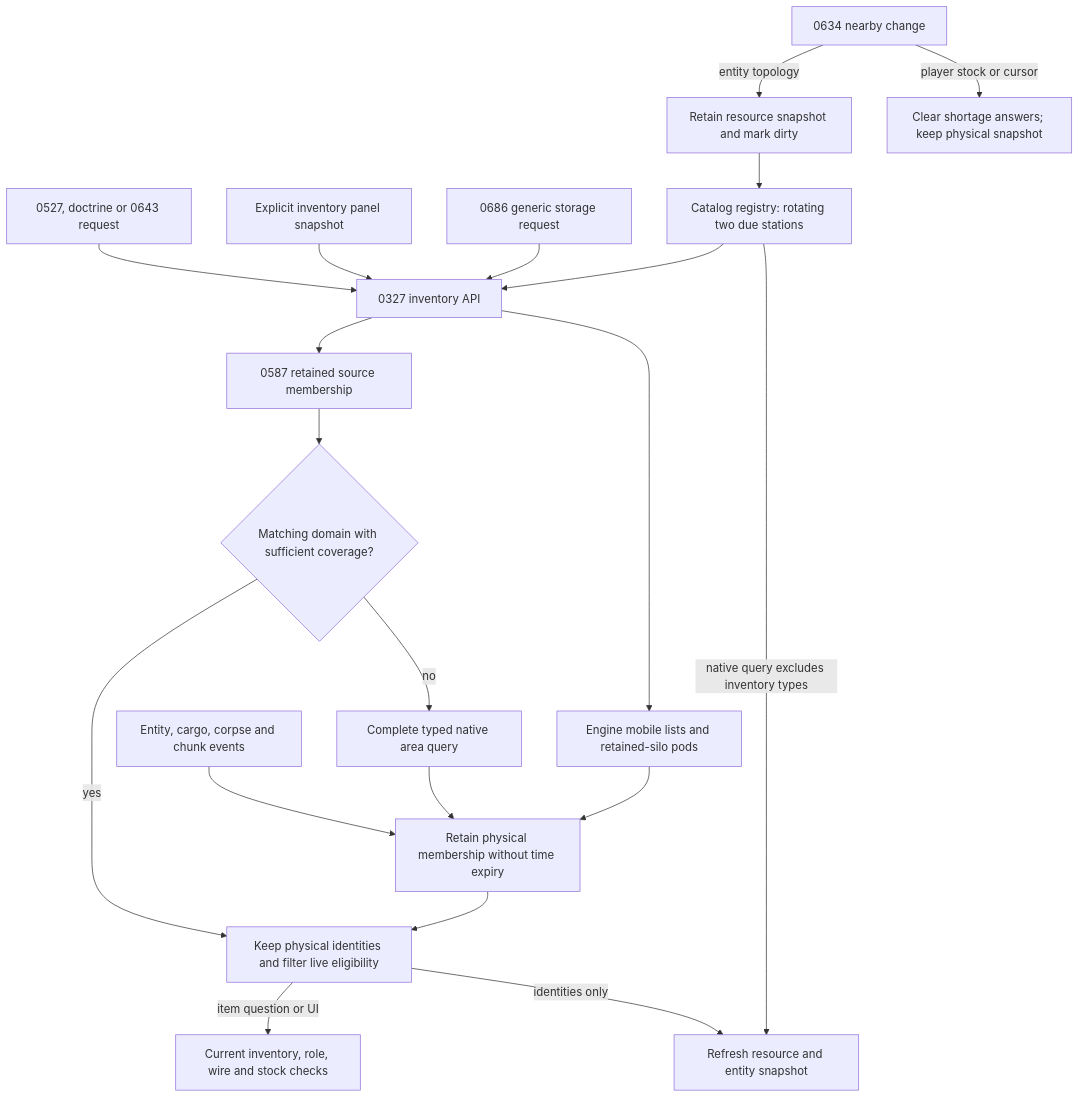
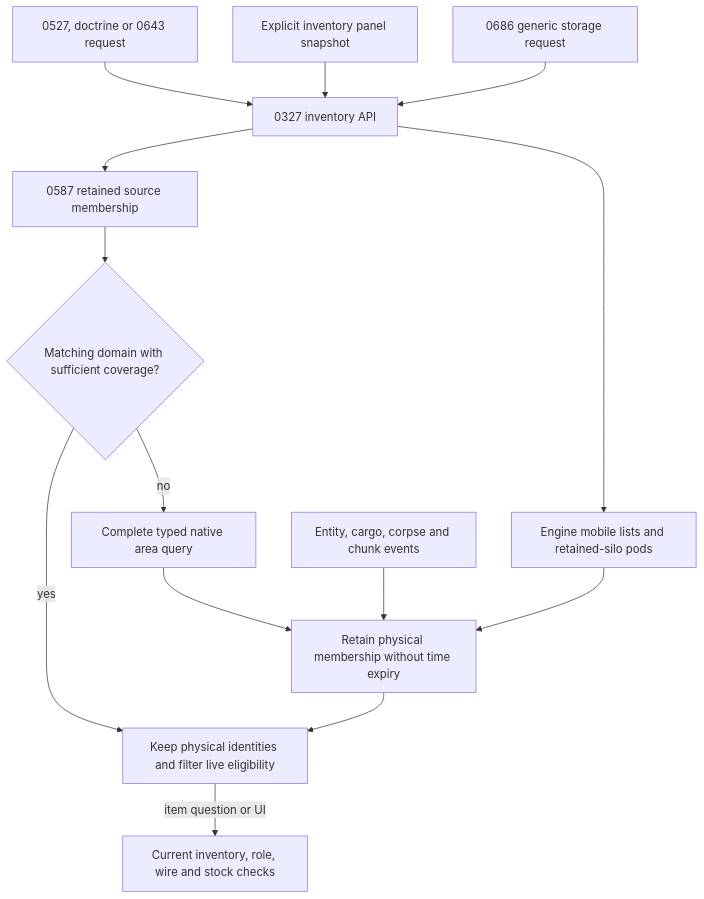
The third of 4 diagrams in docs/BEHAVIOR_MERMAID_FUNCTION_DRILLDOWN_0661.md (mrcalzon02/Tech-Priests), drawn with Mermaid before and after one commit. The commit also changed other lines of this file and 21 other files, not shown here.

````diff
--- a/docs/BEHAVIOR_MERMAID_FUNCTION_DRILLDOWN_0661.md
+++ b/docs/BEHAVIOR_MERMAID_FUNCTION_DRILLDOWN_0661.md
@@ -68,22 +68,16 @@
 ```mermaid
 flowchart TD
     Request["0527, doctrine or 0643 request"] --> Inventory["0327 inventory API"]
     UI["Explicit inventory panel snapshot"] --> Inventory
     Inventory --> Membership["0587 retained source membership"]
     Storage["0686 generic storage request"] --> Inventory
     Membership --> Valid{"Matching domain with sufficient coverage?"}
     Valid -->|"yes"| View["Keep physical identities and filter live eligibility"]
     Valid -->|"no"| Query["Complete typed native area query"]
     Query --> Record["Retain physical membership without time expiry"]
     Record --> View
     Events["Entity, cargo, corpse and chunk events"] --> Record
     Inventory --> Engine["Engine mobile lists and retained-silo pods"]
     Engine --> Record
     View -->|"item question or UI"| Live["Current inventory, role, wire and stock checks"]
-    Changes["0634 nearby change"] -->|"entity topology"| Dirty["Retain resource snapshot and mark dirty"]
-    Changes -->|"player stock or cursor"| Conclusions["Clear shortage answers; keep physical snapshot"]
-    Dirty --> Scan["Catalog registry: rotating two due stations"]
-    Scan --> Inventory
-    Scan -->|"native query excludes inventory types"| Snapshot["Refresh resource and entity snapshot"]
-    View -->|"identities only"| Snapshot
 ```
````
